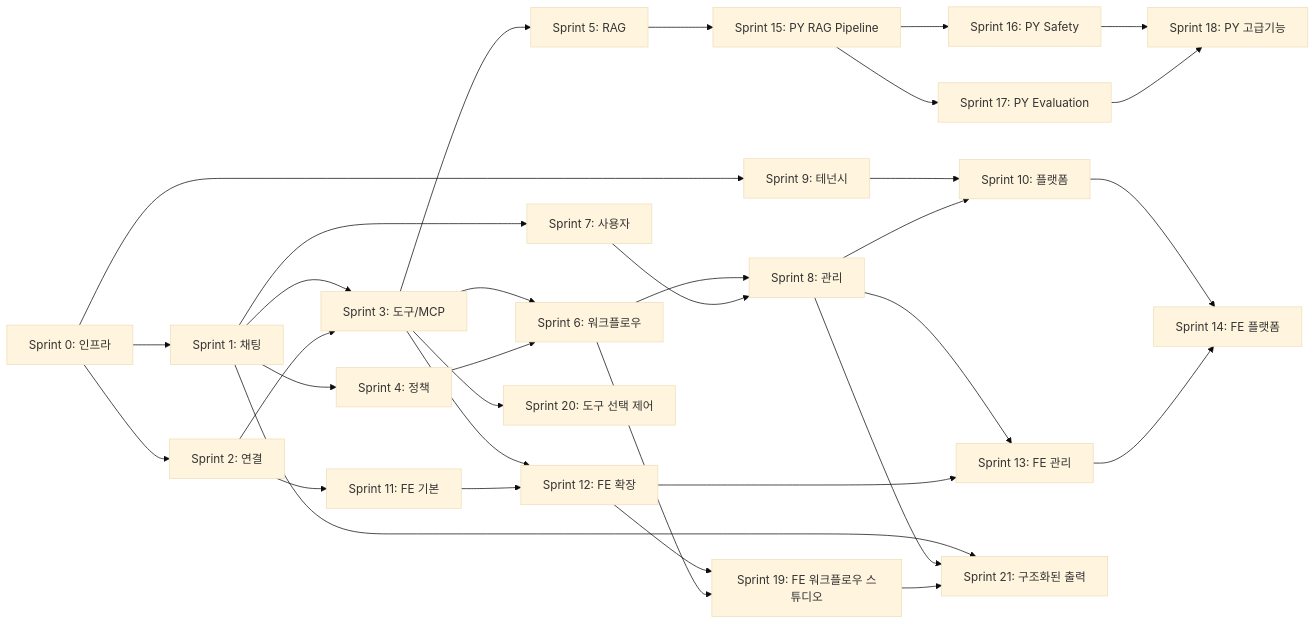
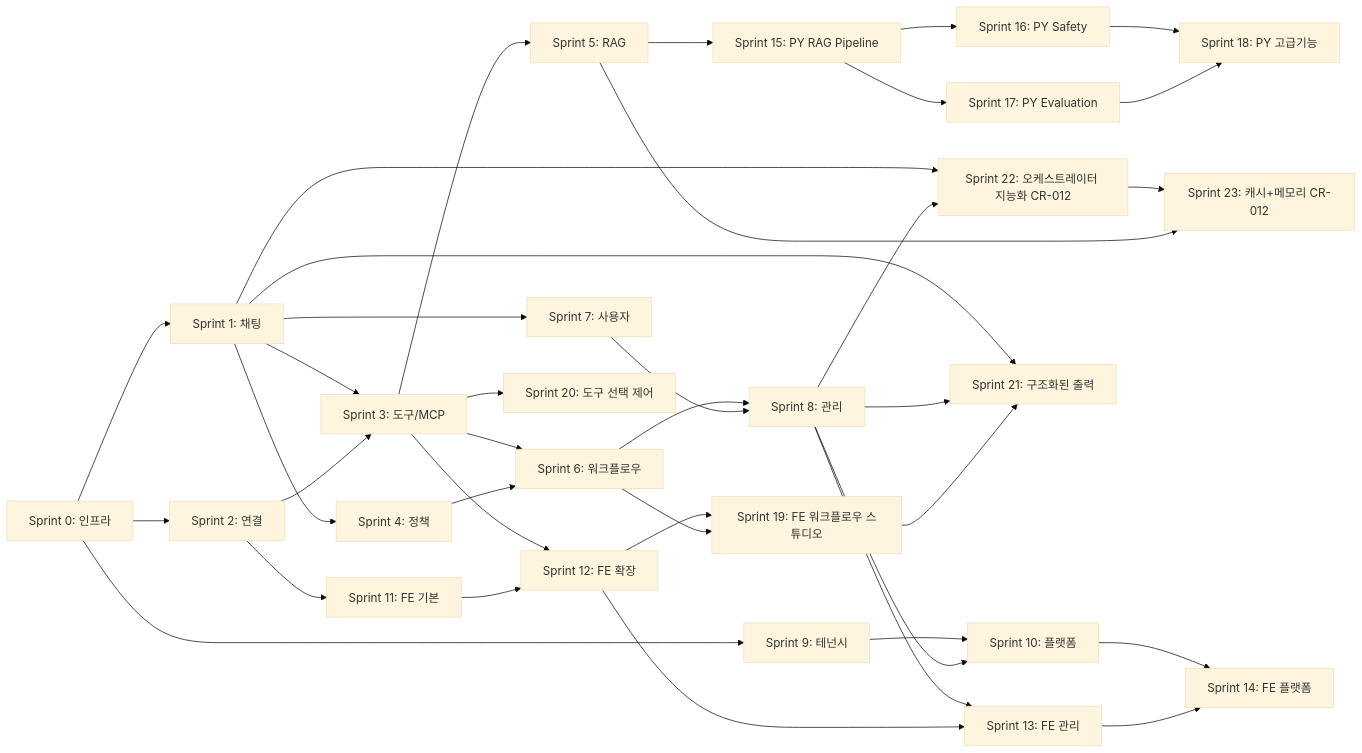
Before and after one commit to johnnykim7/aimbase: the first of 3 diagrams in docs/T3-6_실행_지시서.md, drawn with Mermaid (base theme). The commit also changed other lines of this file and 47 other files, not shown here.

First line of the commit message:
feat: CR-011/012 구현 — ClaudeCodeTool 안정화 + 오케스트레이터 지능화 + 캐시/메모리

````diff
--- a/docs/T3-6_실행_지시서.md
+++ b/docs/T3-6_실행_지시서.md
@@ -300,35 +302,39 @@
 ```mermaid
 flowchart LR
     S0[Sprint 0: 인프라] --> S1[Sprint 1: 채팅]
     S0 --> S2[Sprint 2: 연결]
     S1 --> S3[Sprint 3: 도구/MCP]
     S2 --> S3
     S1 --> S4[Sprint 4: 정책]
     S3 --> S5[Sprint 5: RAG]
     S3 --> S6[Sprint 6: 워크플로우]
     S4 --> S6
     S1 --> S7[Sprint 7: 사용자]
     S6 --> S8[Sprint 8: 관리]
     S7 --> S8
     S0 --> S9[Sprint 9: 테넌시]
     S9 --> S10[Sprint 10: 플랫폼]
     S8 --> S10
     S2 --> S11[Sprint 11: FE 기본]
     S3 --> S12[Sprint 12: FE 확장]
     S11 --> S12
     S8 --> S13[Sprint 13: FE 관리]
     S12 --> S13
     S10 --> S14[Sprint 14: FE 플랫폼]
     S13 --> S14
     S5 --> S15[Sprint 15: PY RAG Pipeline]
     S15 --> S16[Sprint 16: PY Safety]
     S15 --> S17[Sprint 17: PY Evaluation]
     S16 --> S18[Sprint 18: PY 고급기능]
     S17 --> S18
     S12 --> S19[Sprint 19: FE 워크플로우 스튜디오]
     S6 --> S19
     S3 --> S20[Sprint 20: 도구 선택 제어]
     S1 --> S21[Sprint 21: 구조화된 출력]
     S8 --> S21
     S19 --> S21
+    S1 --> S22B[Sprint 22: 오케스트레이터 지능화 CR-012]
+    S8 --> S22B
+    S22B --> S23B[Sprint 23: 캐시+메모리 CR-012]
+    S5 --> S23B
 ```
````
